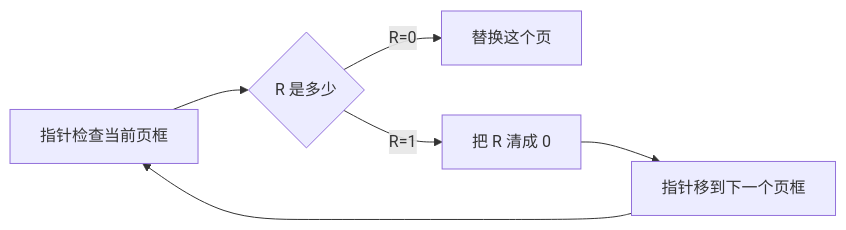
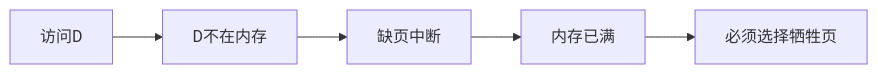
One commit to 74262195/system-architect-notes changed the third of 4 diagrams in 01_综合知识/01_计算机基础知识/02_操作系统/虚拟存储与页面置换.md. Above: the diagram before and after it, drawn with Mermaid. The commit also changed other lines of this file, not shown here.

````diff
--- a/01_综合知识/01_计算机基础知识/02_操作系统/虚拟存储与页面置换.md
+++ b/01_综合知识/01_计算机基础知识/02_操作系统/虚拟存储与页面置换.md
@@ -63,8 +258,7 @@
-```mermaid
+~~~mermaid
 flowchart LR
-    A[指针检查当前页框] --> B{R 是多少}
-    B -- R=0 --> C[替换这个页]
-    B -- R=1 --> D[把 R 清成 0]
-    D --> E[指针移到下一个页框]
-    E --> A
-```
+    A[访问D] --> B[D不在内存]
+    B --> C[缺页中断]
+    C --> D[内存已满]
+    D --> E[必须选择牺牲页]
+~~~
````
